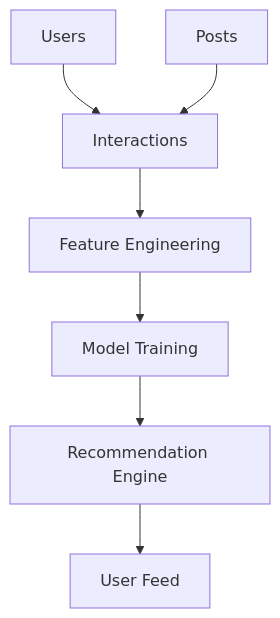
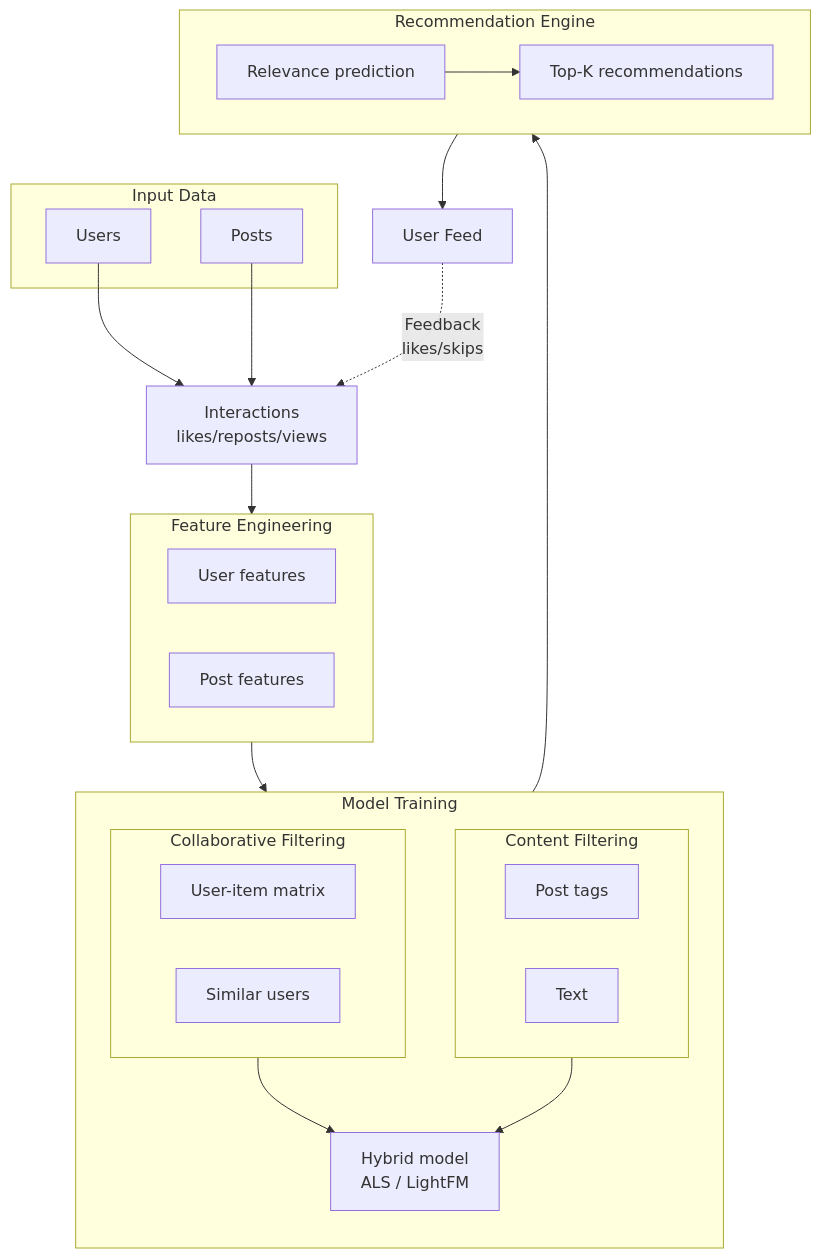
The diagram in README.md (olyadiya/RecSystem_ML), drawn with Mermaid before and after one commit. The commit also changed other lines of this file, not shown here.

````diff
--- a/README.md
+++ b/README.md
@@ -5,14 +18,53 @@
 ```mermaid
 flowchart TD
+    subgraph INPUT["Input Data"]
+        USERS[Users]
+        POSTS[Posts]
+    end
 
-A[Users] --> D[Interactions]
-B[Posts] --> D
+    USERS --> INTERACTIONS
+    POSTS --> INTERACTIONS
 
-D --> E[Feature Engineering]
+    INTERACTIONS[Interactions<br/>likes/reposts/views]
 
-E --> F[Model Training]
+    INTERACTIONS --> FEATURES
 
-F --> G[Recommendation Engine]
+    subgraph FEATURES["Feature Engineering"]
+        direction LR
+        USER_FEAT[User features]
+        POST_FEAT[Post features]
+    end
 
-G --> H[User Feed]
+    FEATURES --> TRAINING
+
+    subgraph TRAINING["Model Training"]
+        direction TB
+        
+        subgraph CF["Collaborative Filtering"]
+            MATRIX[User-item matrix]
+            SIM[Similar users]
+        end
+
+        subgraph CB["Content Filtering"]
+            TAGS[Post tags]
+            TEXT[Text]
+        end
+
+        HYBRID[Hybrid model<br/>ALS / LightFM]
+        
+        CF --> HYBRID
+        CB --> HYBRID
+    end
+
+    TRAINING --> ENGINE
+
+    subgraph ENGINE["Recommendation Engine"]
+        SCORE[Relevance prediction]
+        TOP[Top-K recommendations]
+        SCORE --> TOP
+    end
+
+    ENGINE --> FEED[User Feed]
+
+    FEED -.-> |Feedback<br/>likes/skips| INTERACTIONS
 ```
````
